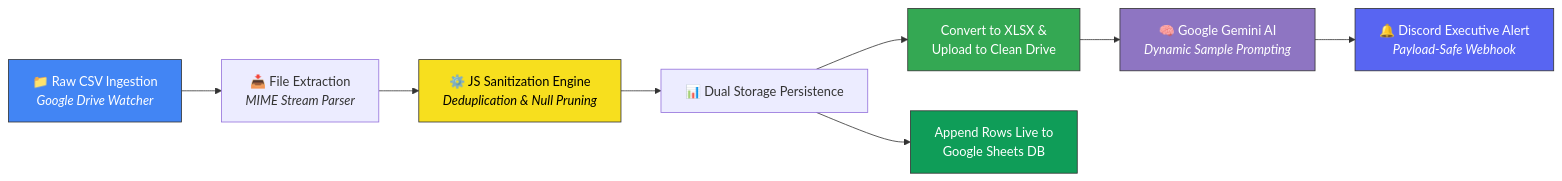
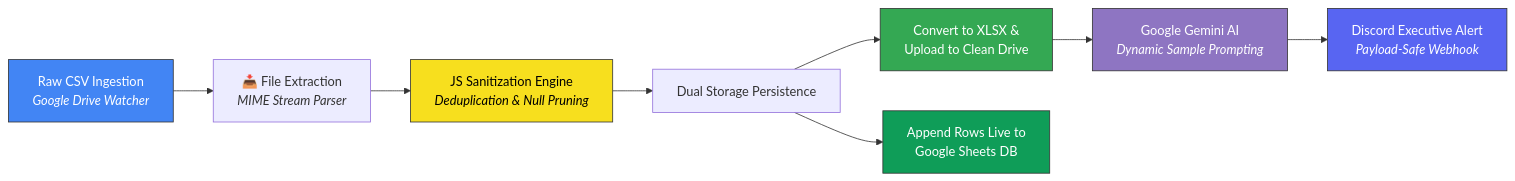
The diagram in README.md (rifasahadiarto/automated-etl-pipeline-n8n), drawn with Mermaid before and after one commit. The commit also changed other lines of this file, not shown here.

````diff
--- a/README.md
+++ b/README.md
@@ -29,17 +29,17 @@
 ```mermaid
 flowchart LR
-    A[📁 Raw CSV Ingestion<br/><i>Google Drive Watcher</i>] --> B[📥 File Extraction<br/><i>MIME Stream Parser</i>]
-    B --> C[⚙️ JS Sanitization Engine<br/><i>Deduplication & Null Pruning</i>]
-    C --> D[📊 Dual Storage Persistence]
+    A[ Raw CSV Ingestion<br/><i>Google Drive Watcher</i>] --> B[📥 File Extraction<br/><i>MIME Stream Parser</i>]
+    B --> C[ JS Sanitization Engine<br/><i>Deduplication & Null Pruning</i>]
+    C --> D[ Dual Storage Persistence]
     D --> D1[Convert to XLSX &<br/>Upload to Clean Drive]
     D --> D2[Append Rows Live to<br/>Google Sheets DB]
-    D1 --> E[🧠 Google Gemini AI<br/><i>Dynamic Sample Prompting</i>]
-    E --> F[🔔 Discord Executive Alert<br/><i>Payload-Safe Webhook</i>]
+    D1 --> E[ Google Gemini AI<br/><i>Dynamic Sample Prompting</i>]
+    E --> F[ Discord Executive Alert<br/><i>Payload-Safe Webhook</i>]
 
     style A fill:#4285F4,stroke:#333,stroke-width:1px,color:#fff
     style C fill:#F7DF1E,stroke:#333,stroke-width:1px,color:#000
     style D1 fill:#34A853,stroke:#333,stroke-width:1px,color:#fff
     style D2 fill:#0F9D58,stroke:#333,stroke-width:1px,color:#fff
     style E fill:#8E75C2,stroke:#333,stroke-width:1px,color:#fff
     style F fill:#5865F2,stroke:#333,stroke-width:1px,color:#fff
 ```
````
